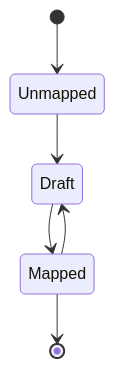
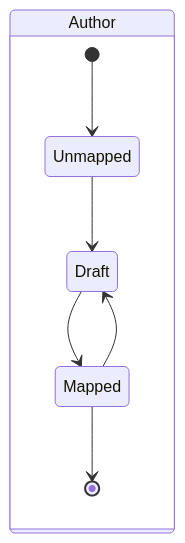
The first of 5 diagrams in workflow.md (aehrc/snap2snomed), drawn with Mermaid before and after one commit. The commit also changed other lines of this file, not shown here.

Commit message:
Enhanced? diagrams with role states

````diff
--- a/workflow.md
+++ b/workflow.md
@@ -5,14 +5,16 @@
 ```mermaid
 stateDiagram-v2
-   direction TB
+  direction TB
 
-   U: Unmapped
-   D: Draft
-   M: Mapped
+  state Author {
+    U: Unmapped
+    D: Draft
+    M: Mapped
 
-   [*] --> U
-   U --> D
-   D --> M
-   M --> D
-   M --> [*]
+    [*] --> U
+    U --> D
+    D --> M
+    M --> D
+    M --> [*]
+  }
 ```
````
